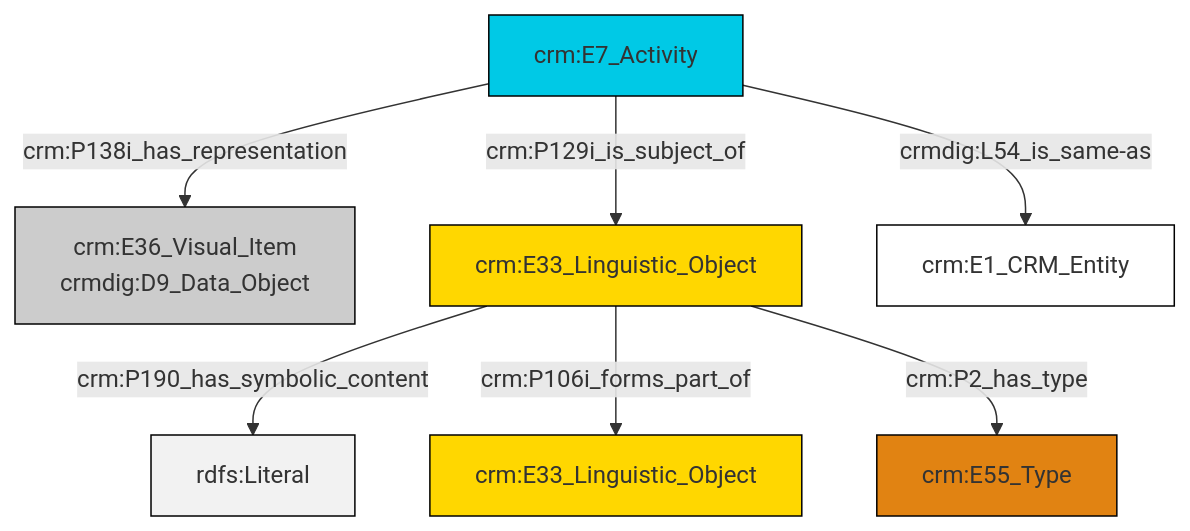
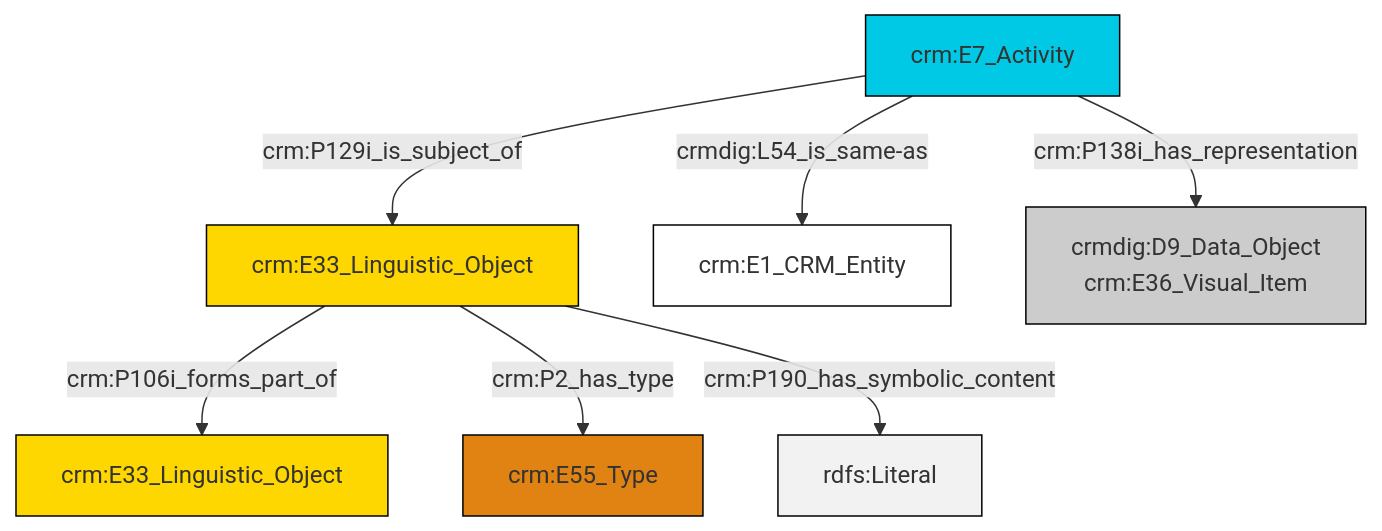
One commit to swiss-art-research-net/docs.swissartresearch changed the diagram in et/eventCSV/ttl/mmd/event_documentation.ttl.mmd. Above: the diagram before and after it, drawn with Mermaid. The commit also changed 179 other files, not shown here.

```diff
--- a/et/eventCSV/ttl/mmd/event_documentation.ttl.mmd
+++ b/et/eventCSV/ttl/mmd/event_documentation.ttl.mmd
@@ -1,21 +1,21 @@
 graph TD
 classDef Literal fill:#f2f2f2,stroke:#000000;
 classDef CRM_Entity fill:#FFFFFF,stroke:#000000;
 classDef Temporal_Entity fill:#00C9E6, stroke:#000000;
 classDef Type fill:#E18312, stroke:#000000;
 classDef Time-Span fill:#2C9C91, stroke:#000000;
 classDef Appellation fill:#FFEB7F, stroke:#000000;
 classDef Place fill:#008836, stroke:#000000;
 classDef Persistent_Item fill:#B266B2, stroke:#000000;
 classDef Conceptual_Object fill:#FFD700, stroke:#000000;
 classDef Physical_Thing fill:#D2B48C, stroke:#000000;
 classDef Actor fill:#f58aad, stroke:#000000;
 classDef PC_Classes fill:#4ce600, stroke:#000000;
 classDef Multi fill:#cccccc,stroke:#000000;
 
-2["crm:E7_Activity"]:::Temporal_Entity -->|crm:P138i_has_representation| 3["crm:E36_Visual_Item<br>crmdig:D9_Data_Object"]:::Multi
-2["crm:E7_Activity"]:::Temporal_Entity -->|crm:P129i_is_subject_of| 6["crm:E33_Linguistic_Object"]:::Conceptual_Object
-6["crm:E33_Linguistic_Object"]:::Conceptual_Object -->|crm:P190_has_symbolic_content| 8[rdfs:Literal]:::Literal
-2["crm:E7_Activity"]:::Temporal_Entity -->|crmdig:L54_is_same-as| 10["crm:E1_CRM_Entity"]:::CRM_Entity
-6["crm:E33_Linguistic_Object"]:::Conceptual_Object -->|crm:P106i_forms_part_of| 0["crm:E33_Linguistic_Object"]:::Conceptual_Object
-6["crm:E33_Linguistic_Object"]:::Conceptual_Object -->|crm:P2_has_type| 4["crm:E55_Type"]:::Type
+0["crm:E33_Linguistic_Object"]:::Conceptual_Object -->|crm:P106i_forms_part_of| 1["crm:E33_Linguistic_Object"]:::Conceptual_Object
+0["crm:E33_Linguistic_Object"]:::Conceptual_Object -->|crm:P2_has_type| 2["crm:E55_Type"]:::Type
+4["crm:E7_Activity"]:::Temporal_Entity -->|crmdig:L54_is_same-as| 5["crm:E1_CRM_Entity"]:::CRM_Entity
+4["crm:E7_Activity"]:::Temporal_Entity -->|crm:P138i_has_representation| 6["crmdig:D9_Data_Object<br>crm:E36_Visual_Item"]:::Multi
+4["crm:E7_Activity"]:::Temporal_Entity -->|crm:P129i_is_subject_of| 0["crm:E33_Linguistic_Object"]:::Conceptual_Object
+0["crm:E33_Linguistic_Object"]:::Conceptual_Object -->|crm:P190_has_symbolic_content| 14[rdfs:Literal]:::Literal
```
